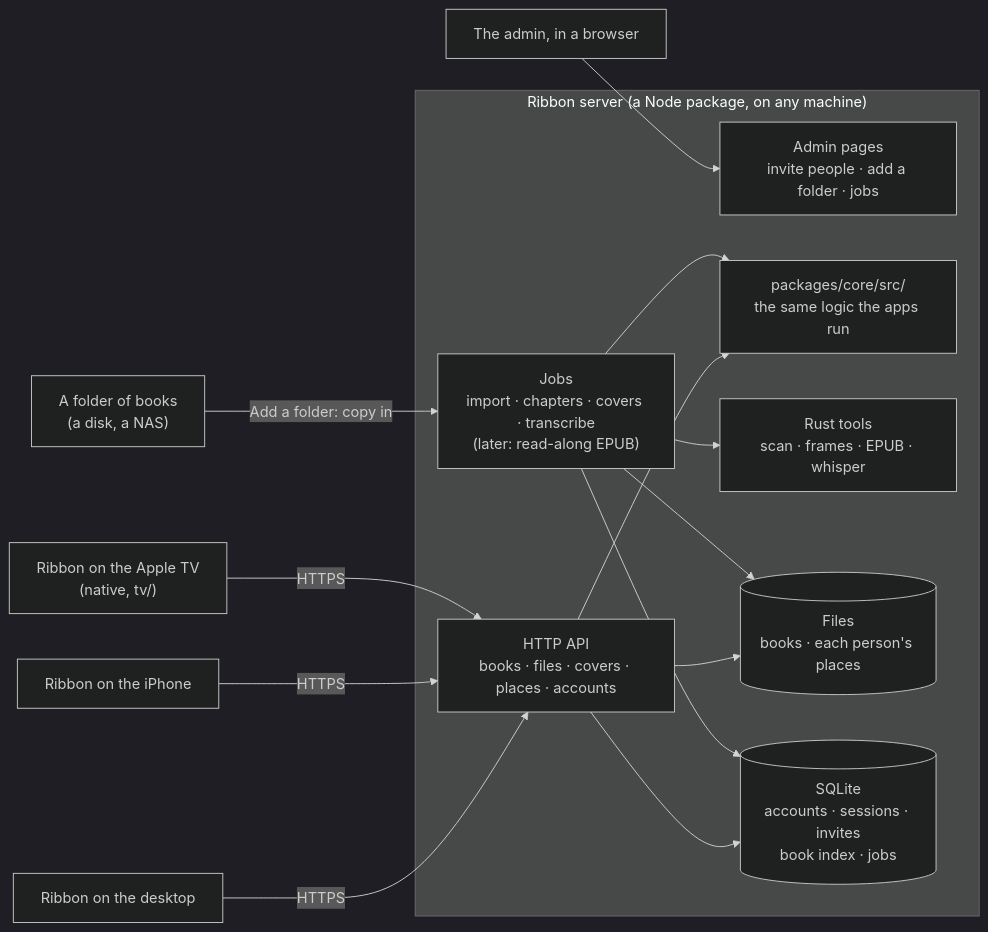
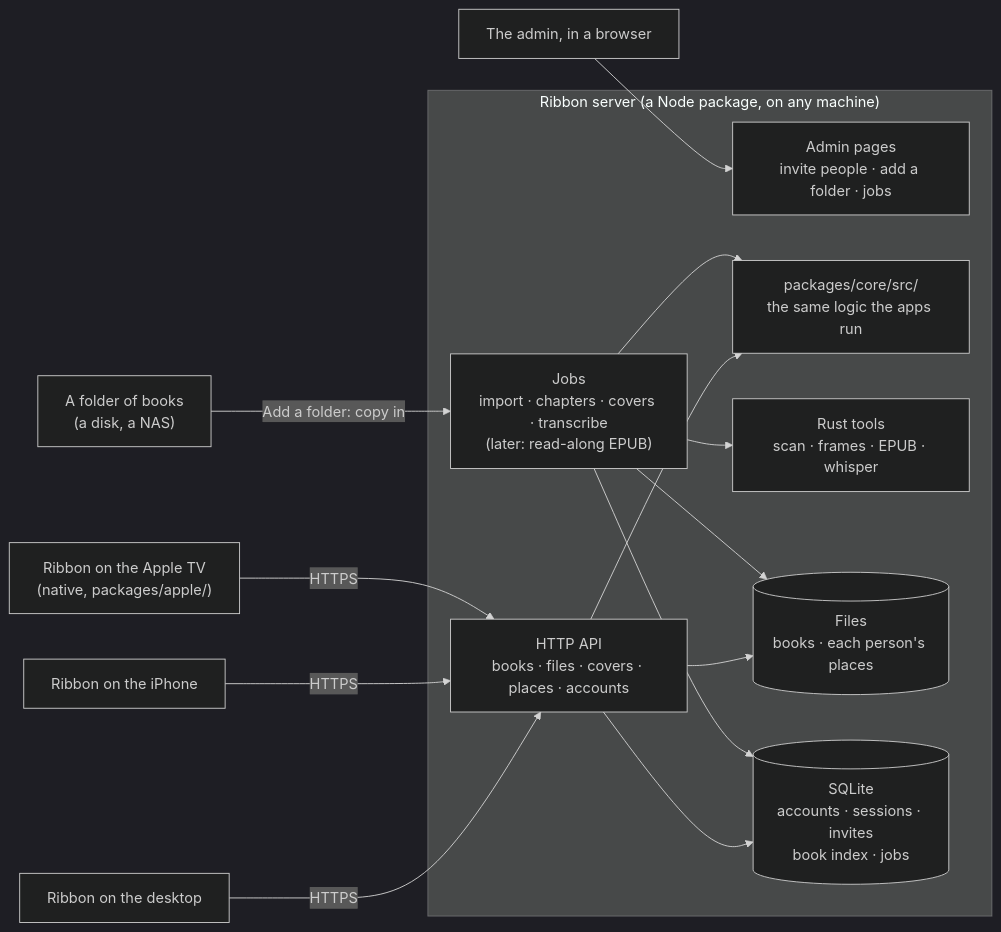
Before and after one commit to KhalidAdan/ribbon: the diagram in docs/SERVER.md, drawn with Mermaid (dark theme). The commit also changed other lines of this file and 83 other files, not shown here.

First line of the commit message:
The Apple app moves into packages

````diff
--- a/docs/SERVER.md
+++ b/docs/SERVER.md
@@ -58,19 +58,19 @@
 ```mermaid
 flowchart LR
   subgraph Server["Ribbon server (a Node package, on any machine)"]
     API["HTTP API<br/>books · files · covers · places · accounts"]
     Admin["Admin pages<br/>invite people · add a folder · jobs"]
     Jobs["Jobs<br/>import · chapters · covers · transcribe<br/>(later: read-along EPUB)"]
     Core["packages/core/src/<br/>the same logic the apps run"]
     Tools["Rust tools<br/>scan · frames · EPUB · whisper"]
     Files[("Files<br/>books · each person's places")]
     DB[("SQLite<br/>accounts · sessions · invites<br/>book index · jobs")]
   end
   Desktop["Ribbon on the desktop"] -- HTTPS --> API
   Phone["Ribbon on the iPhone"] -- HTTPS --> API
-  TV["Ribbon on the Apple TV<br/>(native, tv/)"] -- HTTPS --> API
+  TV["Ribbon on the Apple TV<br/>(native, packages/apple/)"] -- HTTPS --> API
   Browser["The admin, in a browser"] --> Admin
   API --> Core & Files & DB
   Jobs --> Core & Tools & Files & DB
   Folder["A folder of books<br/>(a disk, a NAS)"] -- "Add a folder: copy in" --> Jobs
 ```
````
